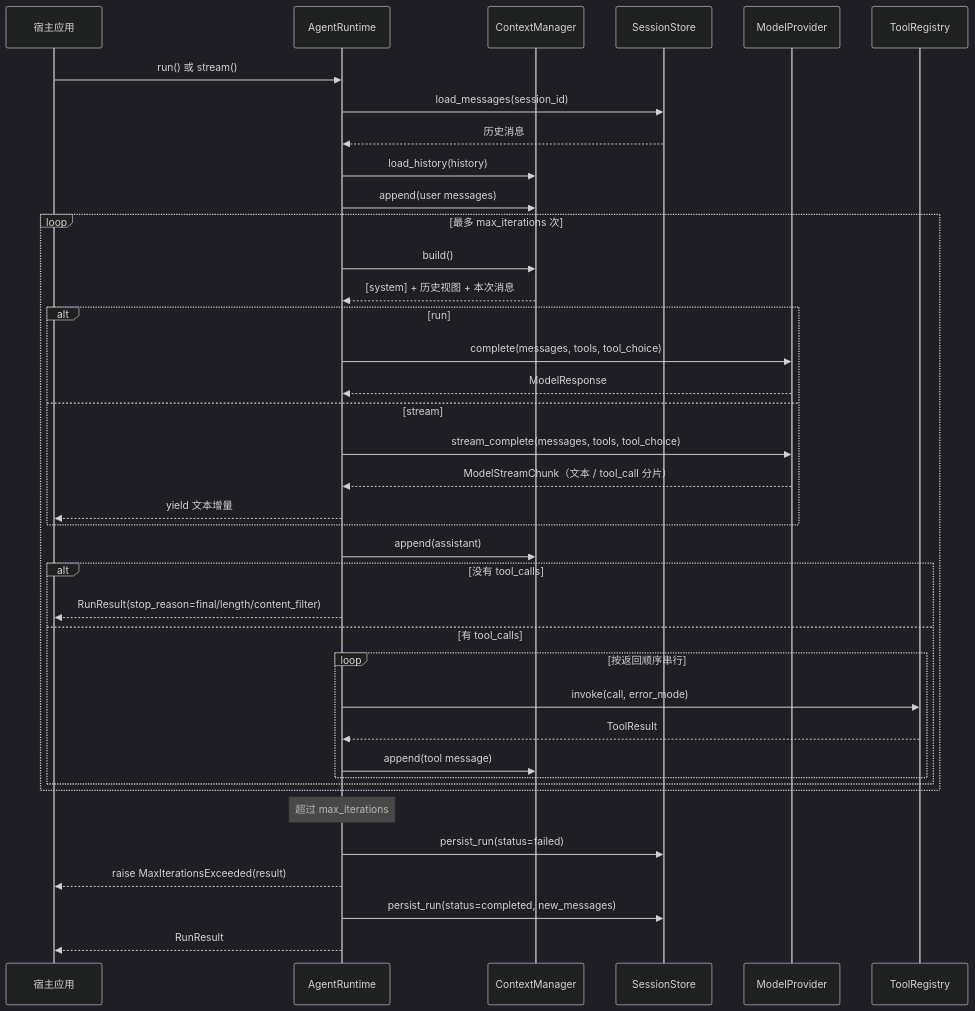
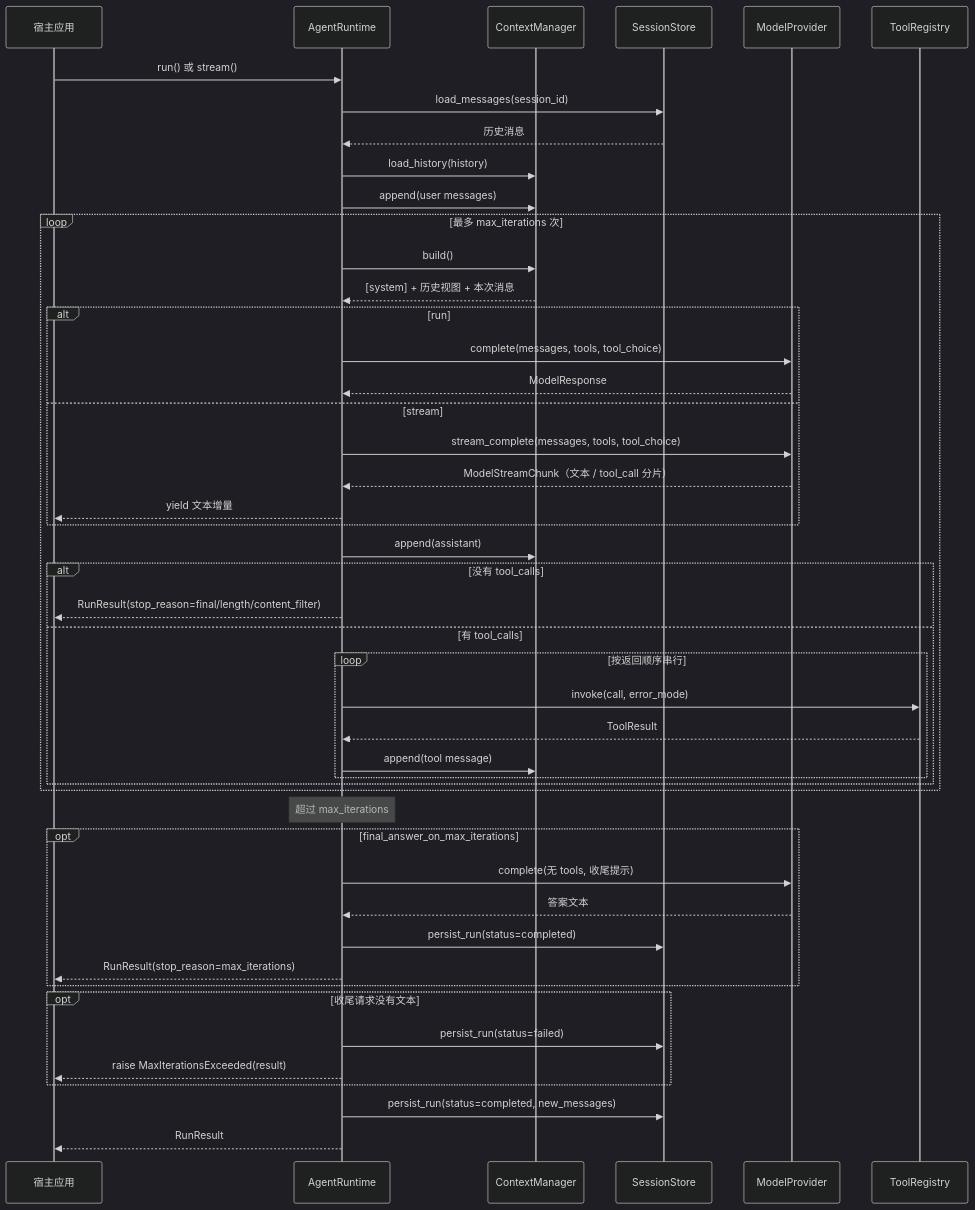
The second of 3 diagrams in docs/agent-loop/architecture.md (Kaibome/BokaClaw), drawn with Mermaid (dark theme) before and after one commit. The commit also changed other lines of this file and 11 other files, not shown here.

````diff
--- a/docs/agent-loop/architecture.md
+++ b/docs/agent-loop/architecture.md
@@ -365,45 +365,53 @@
 ```mermaid
 sequenceDiagram
     participant App as 宿主应用
     participant RT as AgentRuntime
     participant CTX as ContextManager
     participant ST as SessionStore
     participant MD as ModelProvider
     participant TR as ToolRegistry
 
     App->>RT: run() 或 stream()
     RT->>ST: load_messages(session_id)
     ST-->>RT: 历史消息
     RT->>CTX: load_history(history)
     RT->>CTX: append(user messages)
 
     loop 最多 max_iterations 次
         RT->>CTX: build()
         CTX-->>RT: [system] + 历史视图 + 本次消息
         alt run
             RT->>MD: complete(messages, tools, tool_choice)
             MD-->>RT: ModelResponse
         else stream
             RT->>MD: stream_complete(messages, tools, tool_choice)
             MD-->>RT: ModelStreamChunk（文本 / tool_call 分片）
             RT-->>App: yield 文本增量
         end
         RT->>CTX: append(assistant)
         alt 没有 tool_calls
             RT-->>App: RunResult(stop_reason=final/length/content_filter)
         else 有 tool_calls
             loop 按返回顺序串行
                 RT->>TR: invoke(call, error_mode)
                 TR-->>RT: ToolResult
                 RT->>CTX: append(tool message)
             end
         end
     end
 
     Note over RT: 超过 max_iterations
-    RT->>ST: persist_run(status=failed)
-    RT-->>App: raise MaxIterationsExceeded(result)
+    opt final_answer_on_max_iterations
+        RT->>MD: complete(无 tools, 收尾提示)
+        MD-->>RT: 答案文本
+        RT->>ST: persist_run(status=completed)
+        RT-->>App: RunResult(stop_reason=max_iterations)
+    end
+    opt 收尾请求没有文本
+        RT->>ST: persist_run(status=failed)
+        RT-->>App: raise MaxIterationsExceeded(result)
+    end
 
     RT->>ST: persist_run(status=completed, new_messages)
     RT-->>App: RunResult
 ```
````
